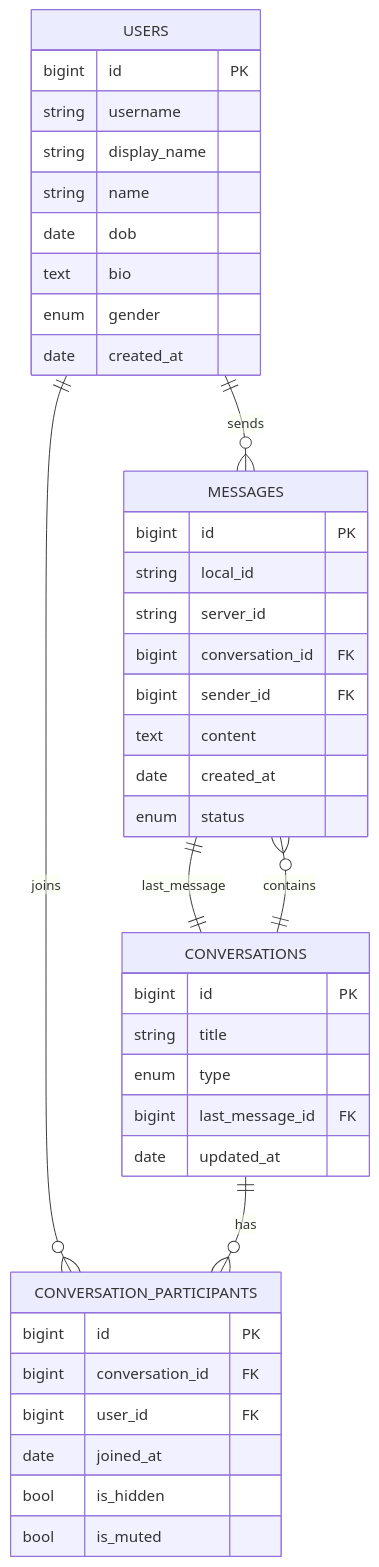
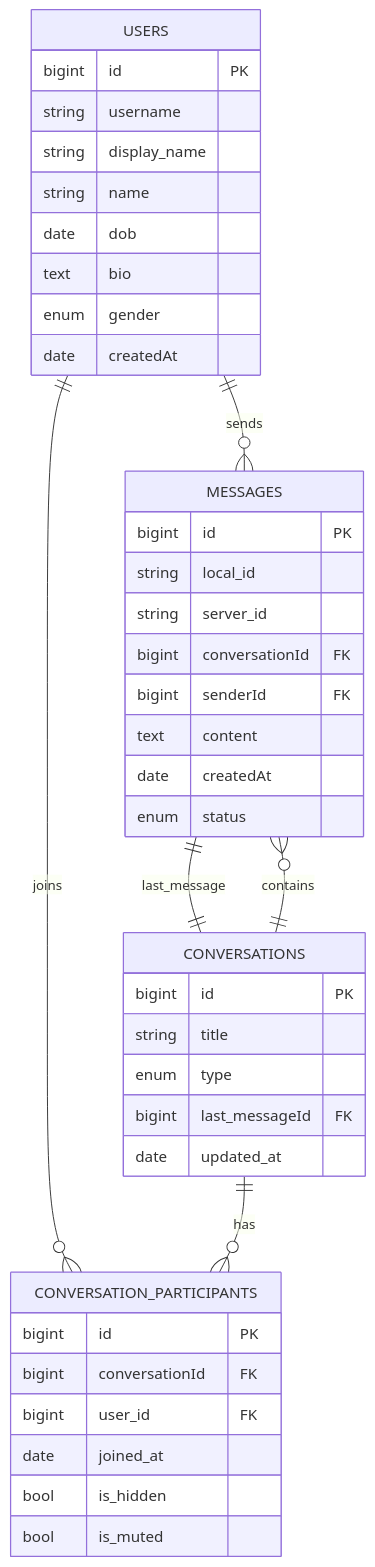
The third of 5 diagrams in README-chat.md (Yuqgnort/electron-chat-app), drawn with Mermaid before and after one commit. The commit also changed other lines of this file and 24 other files, not shown here.

````diff
--- a/README-chat.md
+++ b/README-chat.md
@@ -205,49 +205,49 @@
 ```mermaid
 erDiagram
     USERS {
         bigint id PK
         string username
         string display_name
         string name
         date dob
         text bio
         enum gender
-        date created_at
+        date createdAt
     }
 
     CONVERSATIONS {
         bigint id PK
         string title
         enum type
-        bigint last_message_id FK
+        bigint last_messageId FK
         date updated_at
     }
 
     CONVERSATION_PARTICIPANTS {
         bigint id PK
-        bigint conversation_id FK
+        bigint conversationId FK
         bigint user_id FK
         date joined_at
         bool is_hidden
         bool is_muted
 
     }
 
     MESSAGES {
         bigint id PK
         string local_id
         string server_id
-        bigint conversation_id FK
-        bigint sender_id FK
+        bigint conversationId FK
+        bigint senderId FK
         text content
-        date created_at
+        date createdAt
         enum status
     }
 
     USERS ||--o{ CONVERSATION_PARTICIPANTS : "joins"
     CONVERSATIONS ||--o{ CONVERSATION_PARTICIPANTS : "has"
     CONVERSATIONS ||--o{ MESSAGES : "contains"
     USERS ||--o{ MESSAGES : "sends"
     MESSAGES ||--|| CONVERSATIONS : "last_message"
 
 ```
````
